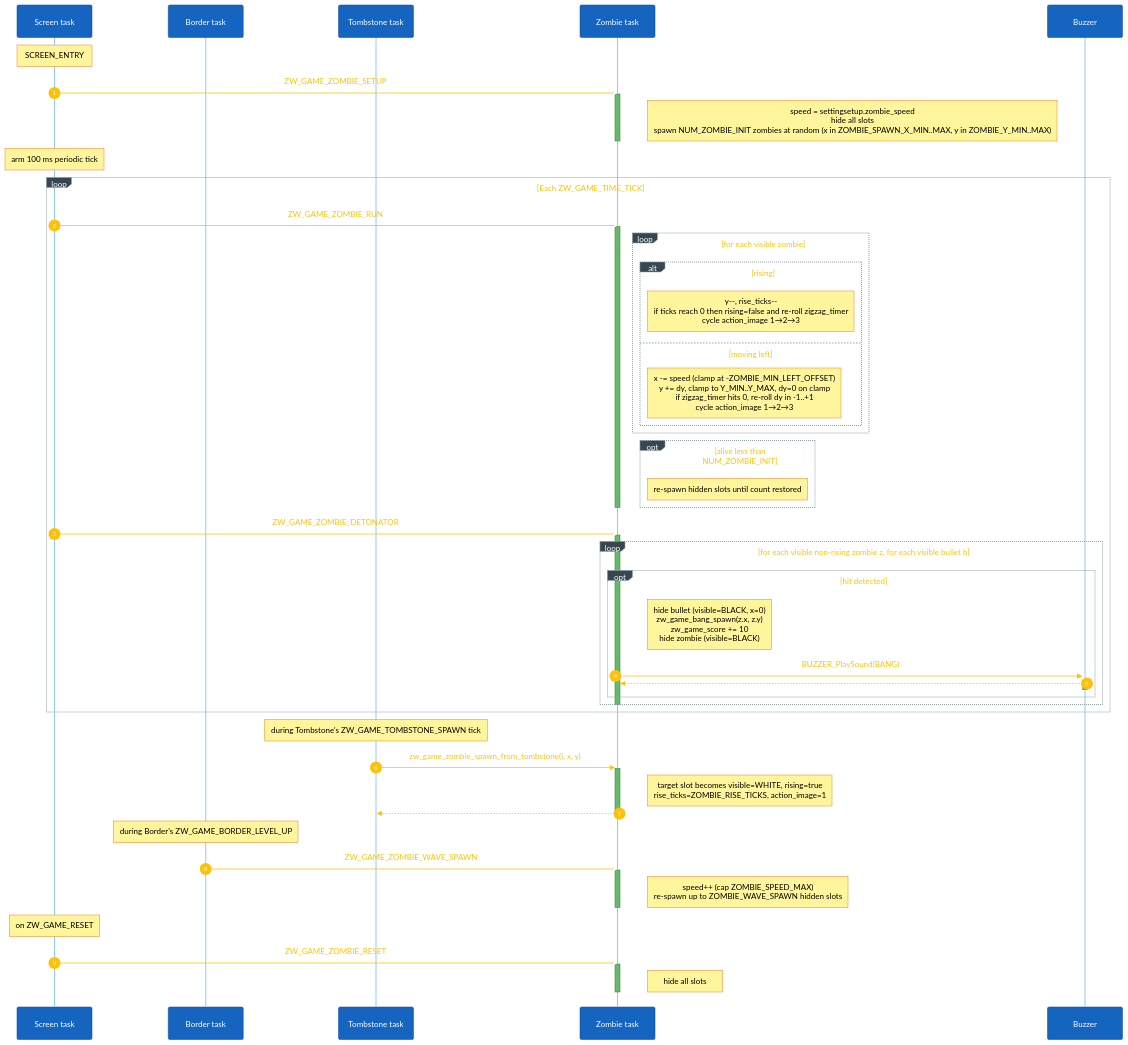
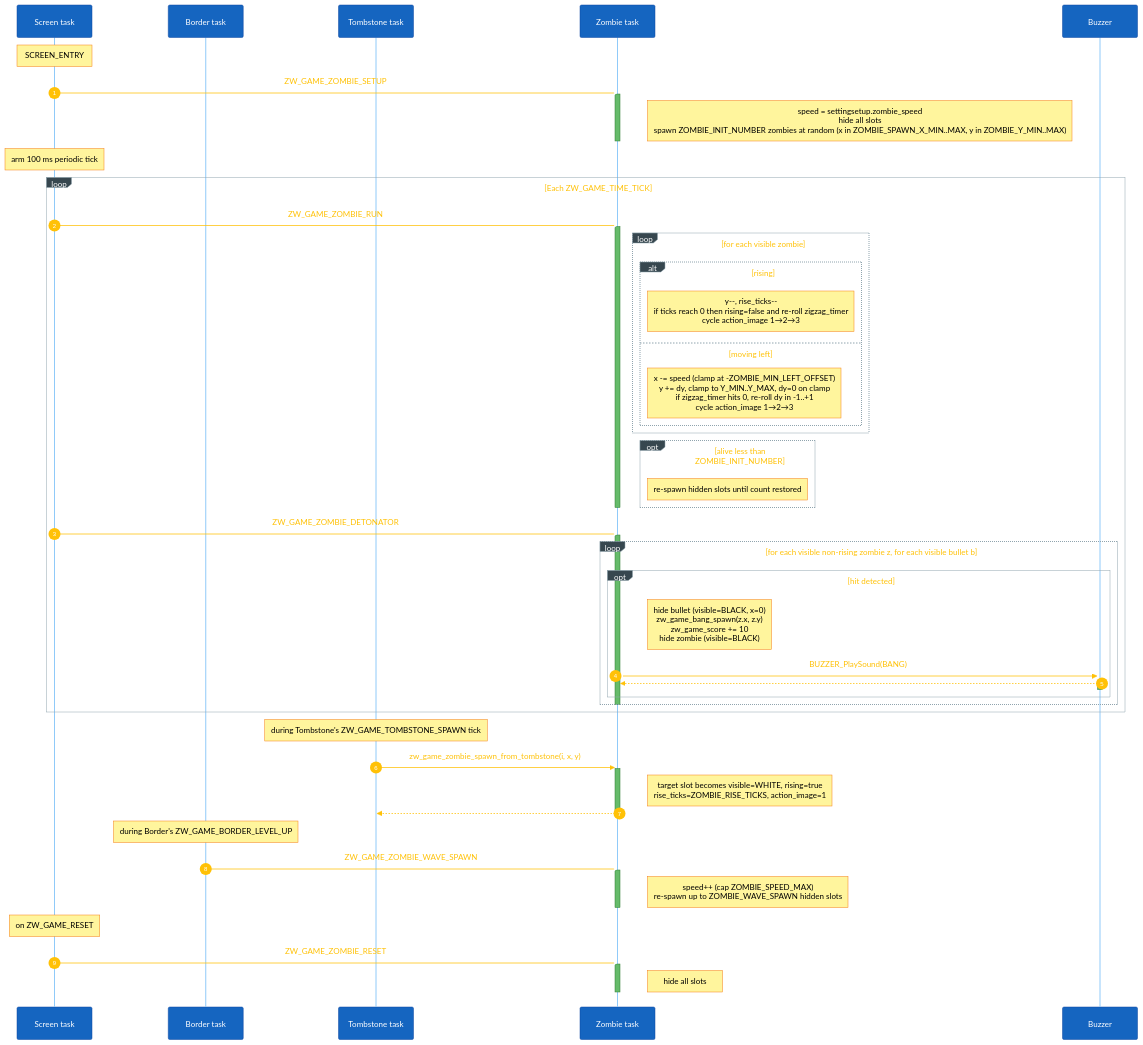
One commit to caotrongphuoc/mini-clock changed the third of 7 diagrams in docs/03-design-sequence-object.md. Above: the diagram before and after it, drawn with Mermaid. The commit also changed other lines of this file, not shown here.

Commit message:
[UPDATE] sync sequence object doc with new macro names

````diff
--- a/docs/03-design-sequence-object.md
+++ b/docs/03-design-sequence-object.md
@@ -167,61 +167,61 @@
 ```mermaid
 %%{init: {'theme':'base','themeVariables':{'fontSize':'18px','primaryColor':'#1565c0','primaryTextColor':'#ffffff','primaryBorderColor':'#0d47a1','lineColor':'#90a4ae','signalColor':'#ffc107','signalTextColor':'#ffc107','actorBkg':'#1565c0','actorBorder':'#0d47a1','actorTextColor':'#ffffff','actorLineColor':'#90caf9','noteBkgColor':'#fff59d','noteTextColor':'#000000','noteBorderColor':'#f57f17','activationBkgColor':'#66bb6a','activationBorderColor':'#2e7d32','sequenceNumberColor':'#ffffff','loopTextColor':'#ffc107','labelBoxBkgColor':'#37474f','labelBoxBorderColor':'#90a4ae','labelTextColor':'#ffffff'},'sequence':{'actorMargin':120,'messageFontSize':17,'noteFontSize':15,'actorFontSize':17,'boxMargin':15,'boxTextMargin':8,'noteMargin':12,'useMaxWidth':false}}}%%
 sequenceDiagram
     autonumber
     participant Scr as Screen task
     participant Bdr as Border task
     participant Tmb as Tombstone task
     participant Zmb as Zombie task
     participant Bz as Buzzer
 
     Note over Scr: SCREEN_ENTRY
     Scr-)Zmb: ZW_GAME_ZOMBIE_SETUP
     activate Zmb
-    Note right of Zmb: speed = settingsetup.zombie_speed<br/>hide all slots<br/>spawn NUM_ZOMBIE_INIT zombies at random (x in ZOMBIE_SPAWN_X_MIN..MAX, y in ZOMBIE_Y_MIN..MAX)
+    Note right of Zmb: speed = settingsetup.zombie_speed<br/>hide all slots<br/>spawn ZOMBIE_INIT_NUMBER zombies at random (x in ZOMBIE_SPAWN_X_MIN..MAX, y in ZOMBIE_Y_MIN..MAX)
     deactivate Zmb
     Note over Scr: arm 100 ms periodic tick
 
     loop Each ZW_GAME_TIME_TICK
         Scr-)Zmb: ZW_GAME_ZOMBIE_RUN
         activate Zmb
         loop for each visible zombie
             alt rising
                 Note right of Zmb: y--, rise_ticks--<br/>if ticks reach 0 then rising=false and re-roll zigzag_timer<br/>cycle action_image 1→2→3
             else moving left
                 Note right of Zmb: x -= speed (clamp at -ZOMBIE_MIN_LEFT_OFFSET)<br/>y += dy, clamp to Y_MIN..Y_MAX, dy=0 on clamp<br/>if zigzag_timer hits 0, re-roll dy in -1..+1<br/>cycle action_image 1→2→3
             end
         end
-        opt alive less than NUM_ZOMBIE_INIT
+        opt alive less than ZOMBIE_INIT_NUMBER
             Note right of Zmb: re-spawn hidden slots until count restored
         end
         deactivate Zmb
 
         Scr-)Zmb: ZW_GAME_ZOMBIE_DETONATOR
         activate Zmb
         loop for each visible non-rising zombie z, for each visible bullet b
             opt hit detected
                 Note right of Zmb: hide bullet (visible=BLACK, x=0)<br/>zw_game_bang_spawn(z.x, z.y)<br/>zw_game_score += 10<br/>hide zombie (visible=BLACK)
                 Zmb->>+Bz: BUZZER_PlaySound(BANG)
                 Bz-->>-Zmb: 
             end
         end
         deactivate Zmb
     end
 
     Note over Tmb: during Tombstone's ZW_GAME_TOMBSTONE_SPAWN tick
     Tmb->>+Zmb: zw_game_zombie_spawn_from_tombstone(i, x, y)
     Note right of Zmb: target slot becomes visible=WHITE, rising=true<br/>rise_ticks=ZOMBIE_RISE_TICKS, action_image=1
     Zmb-->>-Tmb: 
 
     Note over Bdr: during Border's ZW_GAME_BORDER_LEVEL_UP
     Bdr-)Zmb: ZW_GAME_ZOMBIE_WAVE_SPAWN
     activate Zmb
     Note right of Zmb: speed++ (cap ZOMBIE_SPEED_MAX)<br/>re-spawn up to ZOMBIE_WAVE_SPAWN hidden slots
     deactivate Zmb
 
     Note over Scr: on ZW_GAME_RESET
     Scr-)Zmb: ZW_GAME_ZOMBIE_RESET
     activate Zmb
     Note right of Zmb: hide all slots
     deactivate Zmb
 ```
````
